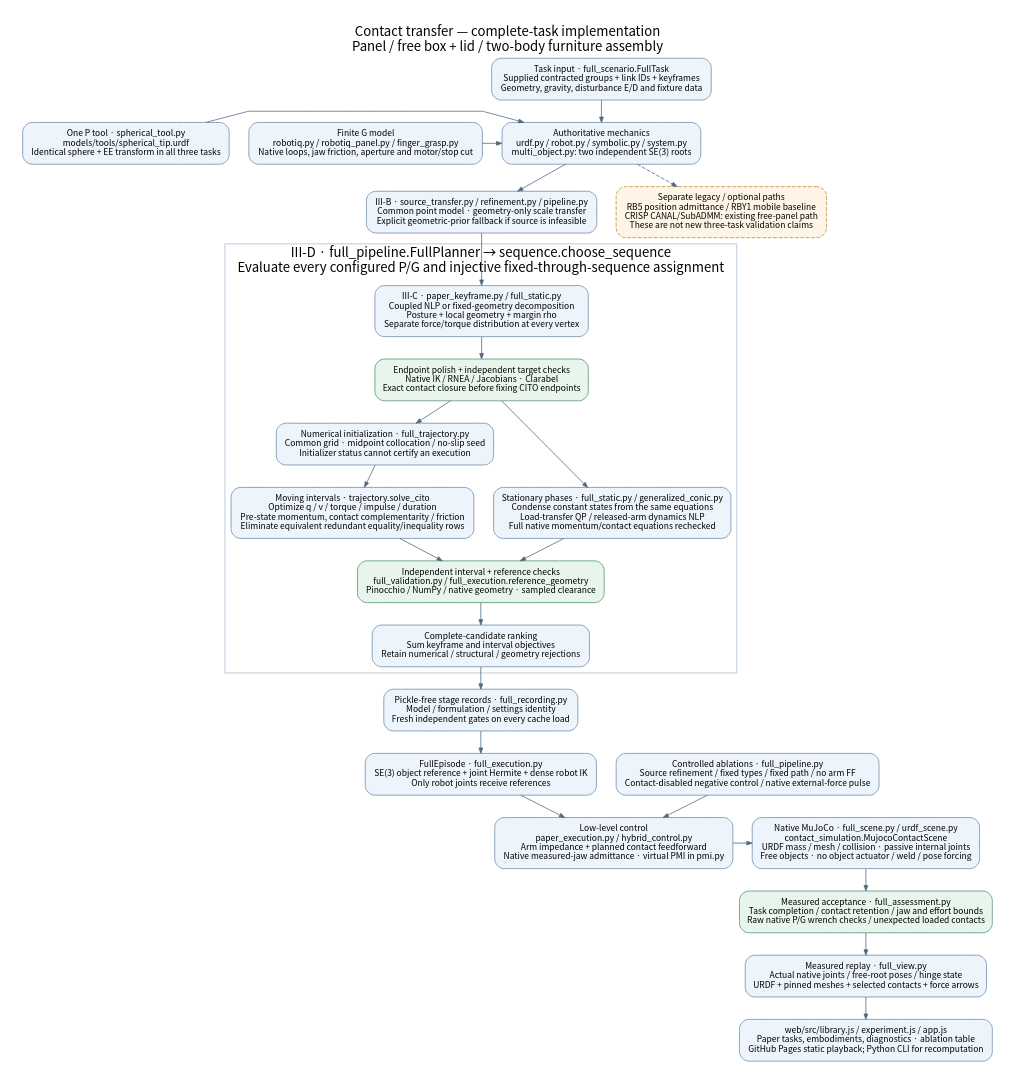
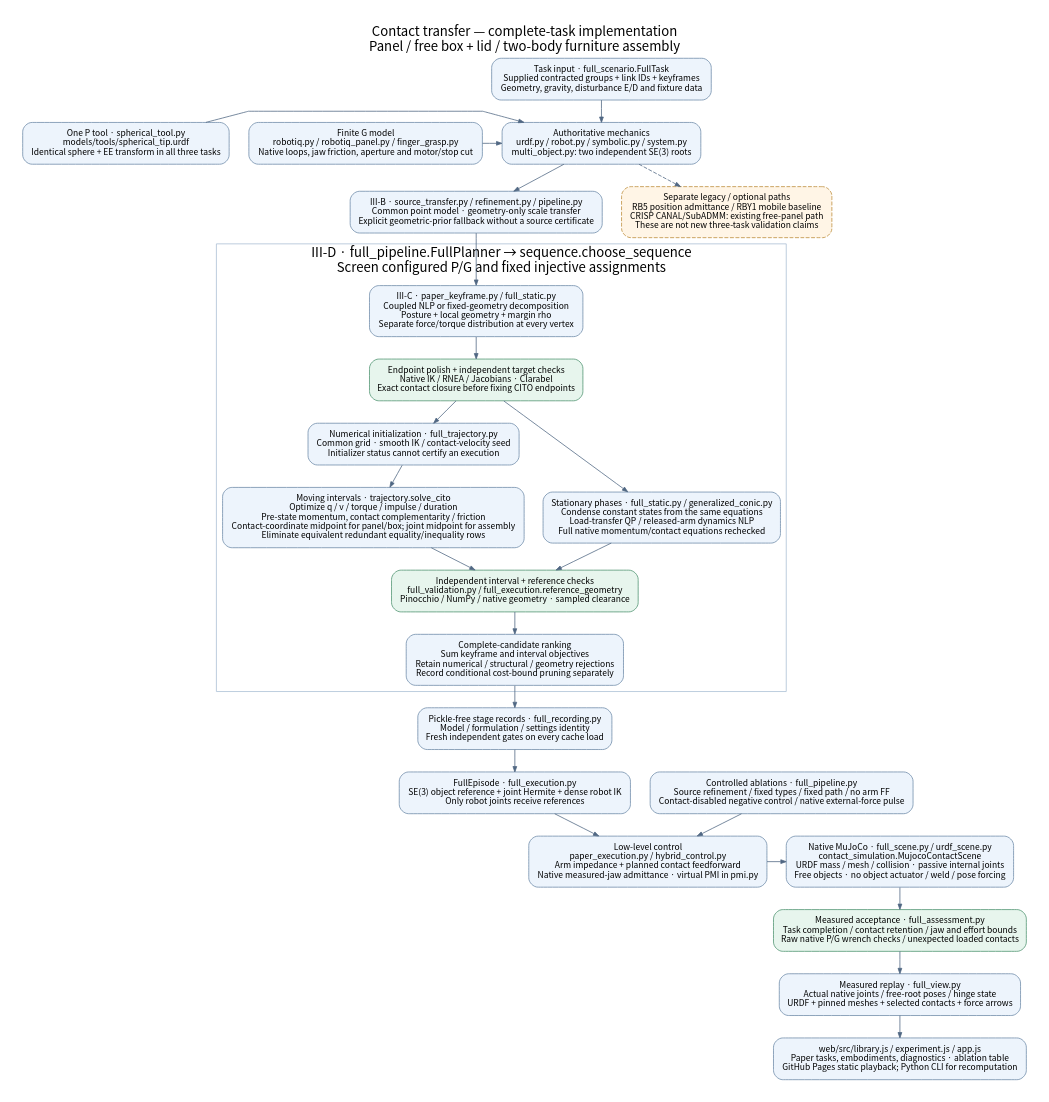
Before and after one commit to overjs94/scale-aware-contact-transfer: the diagram in docs/diagrams/full-scenario-flow.dot, drawn with Graphviz. The commit also changed 520 other files, not shown here.

```diff
--- a/docs/diagrams/full-scenario-flow.dot
+++ b/docs/diagrams/full-scenario-flow.dot
@@ -1,36 +1,36 @@
 digraph FullScenario {
   graph [rankdir=TB, bgcolor="white", pad="0.3", nodesep="0.35", ranksep="0.4", splines=polyline, fontname="Noto Sans CJK KR", fontsize=17, labelloc=t, label="Contact transfer — complete-task implementation\nPanel / free box + lid / two-body furniture assembly"];
   node [shape=box,style="rounded,filled",fillcolor="#edf4fc",color="#6e8aa8",fontname="Noto Sans CJK KR",fontsize=11,margin="0.15,0.12"];
   edge [color="#506783",arrowsize=.7,fontname="Noto Sans CJK KR",fontsize=9];
   task [label="Task input · full_scenario.FullTask\nSupplied contracted groups + link IDs + keyframes\nGeometry, gravity, disturbance E/D and fixture data"];
   tool [label="One P tool · spherical_tool.py\nmodels/tools/spherical_tip.urdf\nIdentical sphere + EE transform in all three tasks"];
   models [label="Authoritative mechanics\nurdf.py / robot.py / symbolic.py / system.py\nmulti_object.py: two independent SE(3) roots"];
   grip [label="Finite G model\nrobotiq.py / robotiq_panel.py / finger_grasp.py\nNative loops, jaw friction, aperture and motor/stop cut"];
-  source [label="III-B · source_transfer.py / refinement.py / pipeline.py\nCommon point model · geometry-only scale transfer\nExplicit geometric-prior fallback if source is infeasible"];
+  source [label="III-B · source_transfer.py / refinement.py / pipeline.py\nCommon point model · geometry-only scale transfer\nExplicit geometric-prior fallback without a source certificate"];
   subgraph cluster_search {
-    label="III-D · full_pipeline.FullPlanner → sequence.choose_sequence\nEvaluate every configured P/G and injective fixed-through-sequence assignment";color="#a9bfd4";
+    label="III-D · full_pipeline.FullPlanner → sequence.choose_sequence\nScreen configured P/G and fixed injective assignments";color="#a9bfd4";
     target [label="III-C · paper_keyframe.py / full_static.py\nCoupled NLP or fixed-geometry decomposition\nPosture + local geometry + margin rho\nSeparate force/torque distribution at every vertex"];
     polish [label="Endpoint polish + independent target checks\nNative IK / RNEA / Jacobians · Clarabel\nExact contact closure before fixing CITO endpoints",fillcolor="#e7f5ed",color="#4e9470"];
-    kin [label="Numerical initialization · full_trajectory.py\nCommon grid · midpoint collocation / no-slip seed\nInitializer status cannot certify an execution"];
-    cito [label="Moving intervals · trajectory.solve_cito\nOptimize q / v / torque / impulse / duration\nPre-state momentum, contact complementarity / friction\nEliminate equivalent redundant equality/inequality rows"];
+    kin [label="Numerical initialization · full_trajectory.py\nCommon grid · smooth IK / contact-velocity seed\nInitializer status cannot certify an execution"];
+    cito [label="Moving intervals · trajectory.solve_cito\nOptimize q / v / torque / impulse / duration\nPre-state momentum, contact complementarity / friction\nContact-coordinate midpoint for panel/box; joint midpoint for assembly\nEliminate equivalent redundant equality/inequality rows"];
     dwell [label="Stationary phases · full_static.py / generalized_conic.py\nCondense constant states from the same equations\nLoad-transfer QP / released-arm dynamics NLP\nFull native momentum/contact equations rechecked"];
     validation [label="Independent interval + reference checks\nfull_validation.py / full_execution.reference_geometry\nPinocchio / NumPy / native geometry · sampled clearance",fillcolor="#e7f5ed",color="#4e9470"];
-    rank [label="Complete-candidate ranking\nSum keyframe and interval objectives\nRetain numerical / structural / geometry rejections"];
+    rank [label="Complete-candidate ranking\nSum keyframe and interval objectives\nRetain numerical / structural / geometry rejections\nRecord conditional cost-bound pruning separately"];
     target -> polish -> kin -> cito -> validation -> rank;
     polish -> dwell -> validation;
   }
   cache [label="Pickle-free stage records · full_recording.py\nModel / formulation / settings identity\nFresh independent gates on every cache load"];
   reference [label="FullEpisode · full_execution.py\nSE(3) object reference + joint Hermite + dense robot IK\nOnly robot joints receive references"];
   control [label="Low-level control\npaper_execution.py / hybrid_control.py\nArm impedance + planned contact feedforward\nNative measured-jaw admittance · virtual PMI in pmi.py"];
   physics [label="Native MuJoCo · full_scene.py / urdf_scene.py\ncontact_simulation.MujocoContactScene\nURDF mass / mesh / collision · passive internal joints\nFree objects · no object actuator / weld / pose forcing"];
   assessment [label="Measured acceptance · full_assessment.py\nTask completion / contact retention / jaw and effort bounds\nRaw native P/G wrench checks / unexpected loaded contacts",fillcolor="#e7f5ed",color="#4e9470"];
   ablation [label="Controlled ablations · full_pipeline.py\nSource refinement / fixed types / fixed path / no arm FF\nContact-disabled negative control / native external-force pulse"];
   view [label="Measured replay · full_view.py\nActual native joints / free-root poses / hinge state\nURDF + pinned meshes + selected contacts + force arrows"];
   web [label="web/src/library.js / experiment.js / app.js\nPaper tasks, embodiments, diagnostics · ablation table\nGitHub Pages static playback; Python CLI for recomputation"];
   boundary [label="Separate legacy / optional paths\nRB5 position admittance / RBY1 mobile baseline\nCRISP CANAL/SubADMM: existing free-panel path\nThese are not new three-task validation claims",style="rounded,dashed,filled",fillcolor="#fff5e6",color="#bc8c39"];
   {rank=same; tool; models; grip;}
   {rank=same; control; physics;}
   task -> models; tool -> models; grip -> models; models -> source -> target;
   rank -> cache -> reference -> control -> physics -> assessment;
   ablation -> control; assessment -> view -> web; models -> boundary [style=dashed];
 }
```
